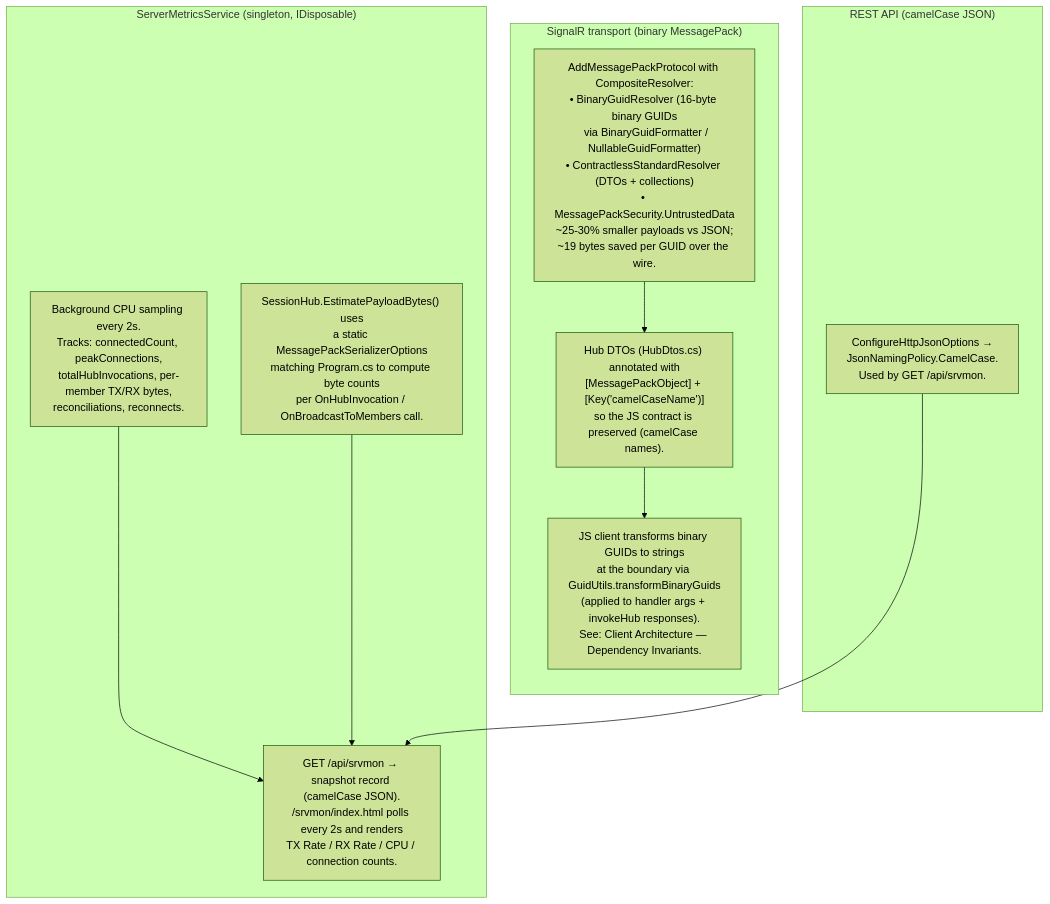
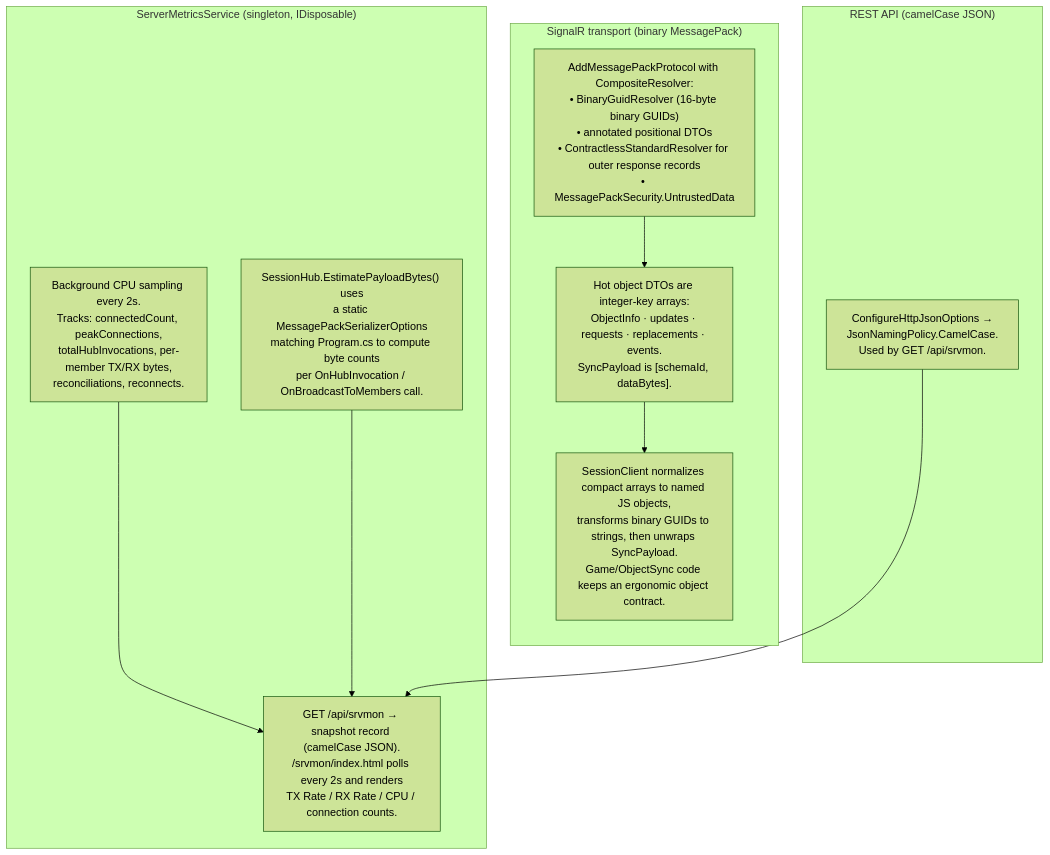
Diagram 34 of 36 in ARCHITECTURE.md (badvoidstar/astervoids), drawn with Mermaid (forest theme) before and after one commit. The commit also changed other lines of this file and 27 other files, not shown here.

First line of the commit message:
Optimize replication wire protocol

````diff
--- a/ARCHITECTURE.md
+++ b/ARCHITECTURE.md
@@ -1330,24 +1343,24 @@
 ```mermaid
 flowchart TB
     subgraph "SignalR transport (binary MessagePack)"
         direction TB
-        MP["AddMessagePackProtocol with CompositeResolver:<br/>• BinaryGuidResolver (16-byte binary GUIDs<br/>  via BinaryGuidFormatter / NullableGuidFormatter)<br/>• ContractlessStandardResolver (DTOs + collections)<br/>• MessagePackSecurity.UntrustedData<br/>~25-30% smaller payloads vs JSON;<br/>~19 bytes saved per GUID over the wire."]
-        DTO["Hub DTOs (HubDtos.cs) annotated with<br/>[MessagePackObject] + [Key('camelCaseName')]<br/>so the JS contract is preserved (camelCase names)."]
-        JSGUID["JS client transforms binary GUIDs to strings<br/>at the boundary via GuidUtils.transformBinaryGuids<br/>(applied to handler args + invokeHub responses).<br/>See: Client Architecture — Dependency Invariants."]
+        MP["AddMessagePackProtocol with CompositeResolver:<br/>• BinaryGuidResolver (16-byte binary GUIDs)<br/>• annotated positional DTOs<br/>• ContractlessStandardResolver for outer response records<br/>• MessagePackSecurity.UntrustedData"]
+        DTO["Hot object DTOs are integer-key arrays:<br/>ObjectInfo · updates · requests · replacements · events.<br/>SyncPayload is [schemaId, dataBytes]."]
+        JSGUID["SessionClient normalizes compact arrays to named JS objects,<br/>transforms binary GUIDs to strings, then unwraps SyncPayload.<br/>Game/ObjectSync code keeps an ergonomic object contract."]
     end
 
     subgraph "REST API (camelCase JSON)"
         REST["ConfigureHttpJsonOptions →<br/>JsonNamingPolicy.CamelCase.<br/>Used by GET /api/srvmon."]
     end
 
     subgraph "ServerMetricsService (singleton, IDisposable)"
         SMS_SAMPLE["Background CPU sampling every 2s.<br/>Tracks: connectedCount, peakConnections,<br/>totalHubInvocations, per-member TX/RX bytes,<br/>reconciliations, reconnects."]
         SMS_EST["SessionHub.EstimatePayloadBytes() uses<br/>a static MessagePackSerializerOptions<br/>matching Program.cs to compute byte counts<br/>per OnHubInvocation / OnBroadcastToMembers call."]
         SMS_API["GET /api/srvmon → snapshot record (camelCase JSON).<br/>/srvmon/index.html polls every 2s and renders<br/>TX Rate / RX Rate / CPU / connection counts."]
     end
 
     MP --> DTO --> JSGUID
     SMS_SAMPLE --> SMS_API
     SMS_EST --> SMS_API
     REST --> SMS_API
 ```
````
